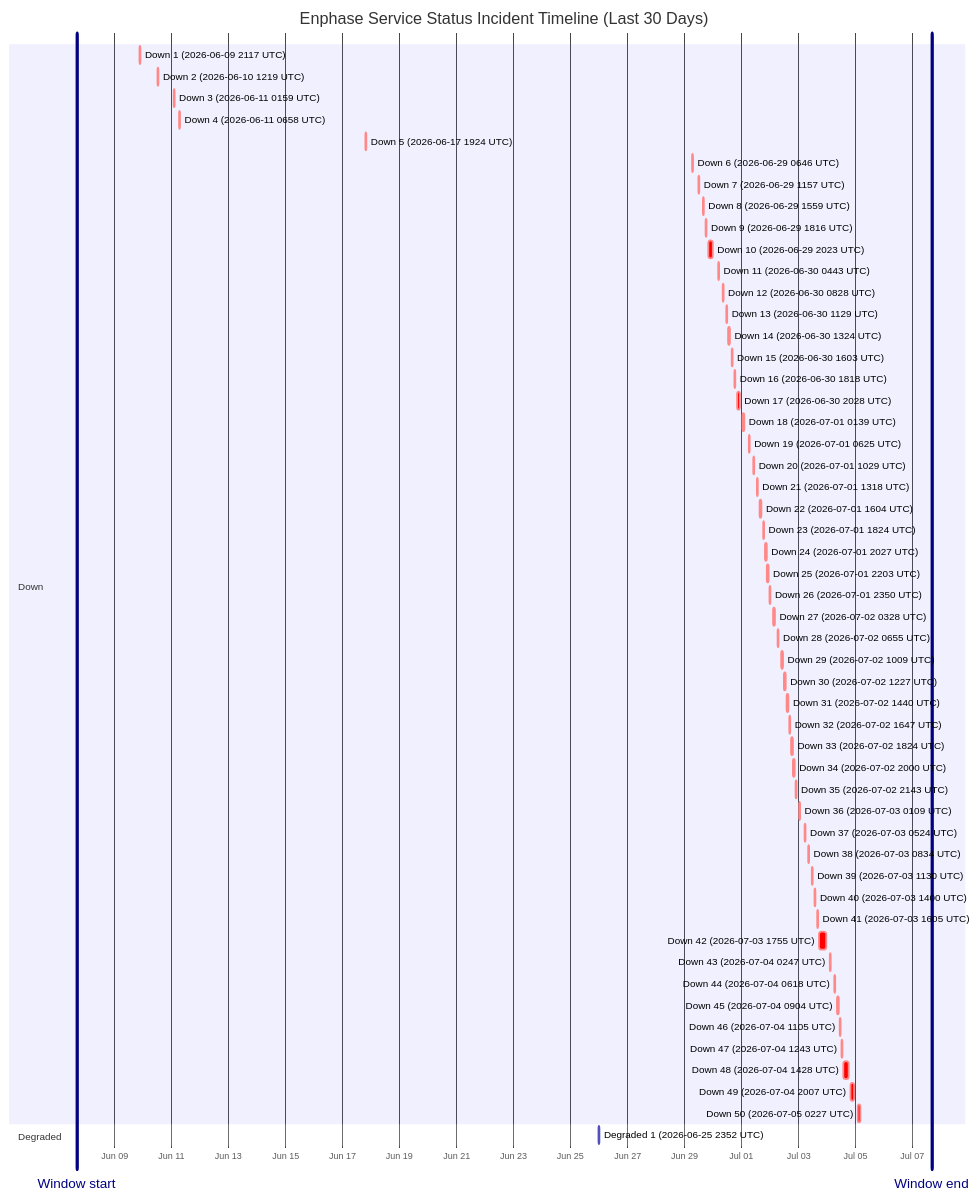
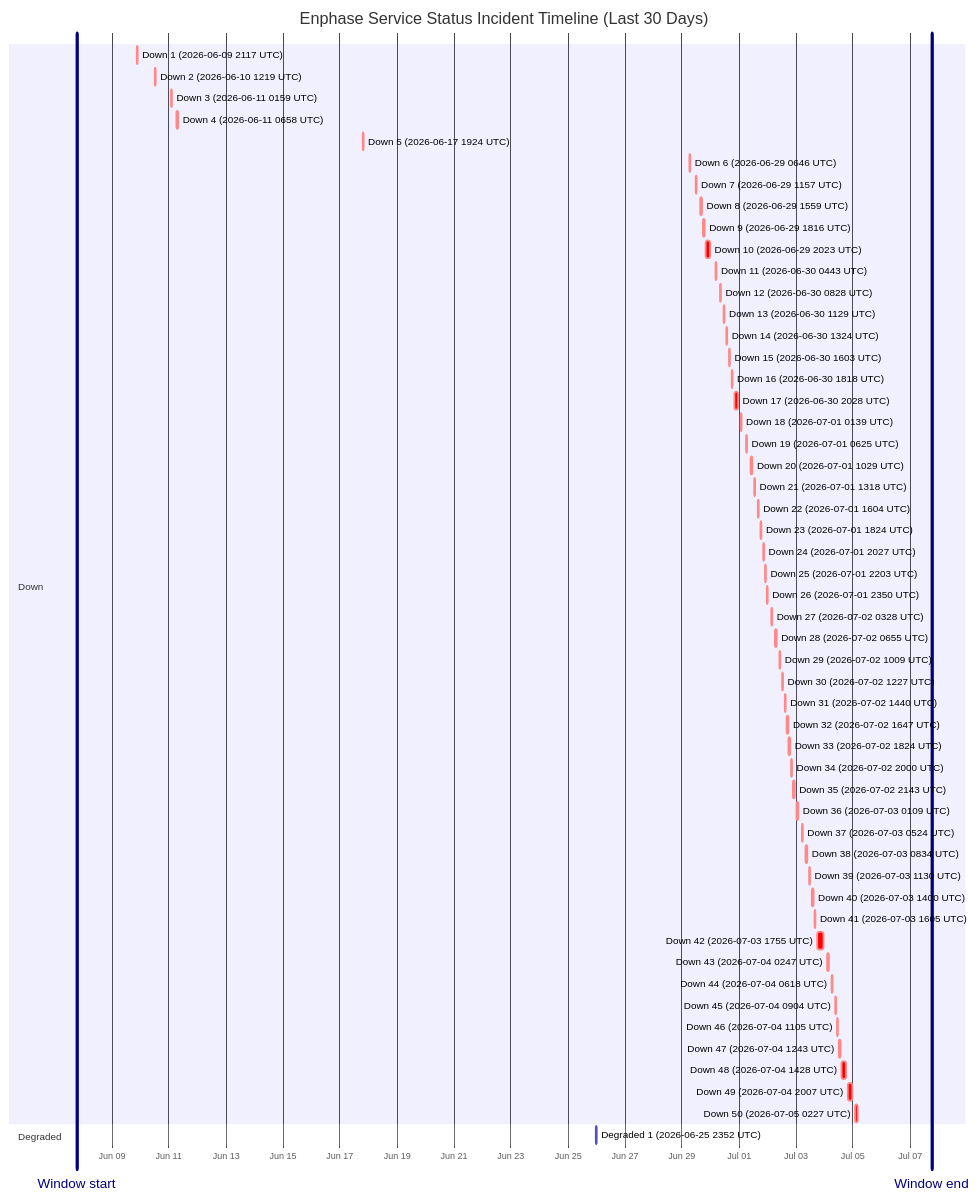
Before and after one commit to barneyonline/ha-enphase-energy: the diagram in wiki/Service-Status-History.md, drawn with Mermaid. The commit also changed other lines of this file and 3 other files, not shown here.

````diff
--- a/wiki/Service-Status-History.md
+++ b/wiki/Service-Status-History.md
@@ -14,61 +14,61 @@
 ```mermaid
 gantt
     title Enphase Service Status Incident Timeline (Last 30 Days)
     dateFormat  YYYY-MM-DDTHH:mm:ss
     axisFormat  %b %d
-    Window start :vert, window-start, 2026-06-07T16:29:14, 0ms
-    Window end :vert, window-end, 2026-07-07T16:29:14, 0ms
+    Window start :vert, window-start, 2026-06-07T18:32:04, 0ms
+    Window end :vert, window-end, 2026-07-07T18:32:04, 0ms
     section Down
     Down 1 (2026-06-09 2117 UTC) :crit, down-1, 2026-06-09T21:17:17, 60m
     Down 2 (2026-06-10 1219 UTC) :crit, down-2, 2026-06-10T12:19:21, 60m
     Down 3 (2026-06-11 0159 UTC) :crit, down-3, 2026-06-11T01:59:36, 60m
     Down 4 (2026-06-11 0658 UTC) :crit, down-4, 2026-06-11T06:58:45, 60m
     Down 5 (2026-06-17 1924 UTC) :crit, down-5, 2026-06-17T19:24:51, 60m
     Down 6 (2026-06-29 0646 UTC) :crit, down-6, 2026-06-29T06:46:18, 60m
     Down 7 (2026-06-29 1157 UTC) :crit, down-7, 2026-06-29T11:57:36, 60m
     Down 8 (2026-06-29 1559 UTC) :crit, down-8, 2026-06-29T15:59:02, 60m
     Down 9 (2026-06-29 1816 UTC) :crit, down-9, 2026-06-29T18:16:38, 60m
     Down 10 (2026-06-29 2023 UTC) :crit, down-10, 2026-06-29T20:23:16, 220m
     Down 11 (2026-06-30 0443 UTC) :crit, down-11, 2026-06-30T04:43:54, 60m
     Down 12 (2026-06-30 0828 UTC) :crit, down-12, 2026-06-30T08:28:43, 60m
     Down 13 (2026-06-30 1129 UTC) :crit, down-13, 2026-06-30T11:29:15, 60m
     Down 14 (2026-06-30 1324 UTC) :crit, down-14, 2026-06-30T13:24:25, 60m
     Down 15 (2026-06-30 1603 UTC) :crit, down-15, 2026-06-30T16:03:26, 60m
     Down 16 (2026-06-30 1818 UTC) :crit, down-16, 2026-06-30T18:18:39, 60m
     Down 17 (2026-06-30 2028 UTC) :crit, down-17, 2026-06-30T20:28:54, 171m
     Down 18 (2026-07-01 0139 UTC) :crit, down-18, 2026-07-01T01:39:18, 60m
     Down 19 (2026-07-01 0625 UTC) :crit, down-19, 2026-07-01T06:25:35, 60m
     Down 20 (2026-07-01 1029 UTC) :crit, down-20, 2026-07-01T10:29:24, 60m
     Down 21 (2026-07-01 1318 UTC) :crit, down-21, 2026-07-01T13:18:31, 60m
     Down 22 (2026-07-01 1604 UTC) :crit, down-22, 2026-07-01T16:04:29, 60m
     Down 23 (2026-07-01 1824 UTC) :crit, down-23, 2026-07-01T18:24:21, 60m
     Down 24 (2026-07-01 2027 UTC) :crit, down-24, 2026-07-01T20:27:17, 60m
     Down 25 (2026-07-01 2203 UTC) :crit, down-25, 2026-07-01T22:03:46, 60m
     Down 26 (2026-07-01 2350 UTC) :crit, down-26, 2026-07-01T23:50:52, 60m
     Down 27 (2026-07-02 0328 UTC) :crit, down-27, 2026-07-02T03:28:33, 60m
     Down 28 (2026-07-02 0655 UTC) :crit, down-28, 2026-07-02T06:55:07, 60m
     Down 29 (2026-07-02 1009 UTC) :crit, down-29, 2026-07-02T10:09:15, 60m
     Down 30 (2026-07-02 1227 UTC) :crit, down-30, 2026-07-02T12:27:49, 60m
     Down 31 (2026-07-02 1440 UTC) :crit, down-31, 2026-07-02T14:40:53, 60m
     Down 32 (2026-07-02 1647 UTC) :crit, down-32, 2026-07-02T16:47:47, 60m
     Down 33 (2026-07-02 1824 UTC) :crit, down-33, 2026-07-02T18:24:26, 60m
     Down 34 (2026-07-02 2000 UTC) :crit, down-34, 2026-07-02T20:00:57, 60m
     Down 35 (2026-07-02 2143 UTC) :crit, down-35, 2026-07-02T21:43:52, 80m
     Down 36 (2026-07-03 0109 UTC) :crit, down-36, 2026-07-03T01:09:19, 60m
     Down 37 (2026-07-03 0524 UTC) :crit, down-37, 2026-07-03T05:24:23, 60m
     Down 38 (2026-07-03 0834 UTC) :crit, down-38, 2026-07-03T08:34:05, 60m
     Down 39 (2026-07-03 1130 UTC) :crit, down-39, 2026-07-03T11:30:41, 60m
     Down 40 (2026-07-03 1400 UTC) :crit, down-40, 2026-07-03T14:00:48, 60m
     Down 41 (2026-07-03 1605 UTC) :crit, down-41, 2026-07-03T16:05:49, 60m
     Down 42 (2026-07-03 1755 UTC) :crit, down-42, 2026-07-03T17:55:54, 338m
     Down 43 (2026-07-04 0247 UTC) :crit, down-43, 2026-07-04T02:47:22, 60m
     Down 44 (2026-07-04 0618 UTC) :crit, down-44, 2026-07-04T06:18:09, 60m
     Down 45 (2026-07-04 0904 UTC) :crit, down-45, 2026-07-04T09:04:41, 60m
     Down 46 (2026-07-04 1105 UTC) :crit, down-46, 2026-07-04T11:05:21, 60m
     Down 47 (2026-07-04 1243 UTC) :crit, down-47, 2026-07-04T12:43:25, 60m
     Down 48 (2026-07-04 1428 UTC) :crit, down-48, 2026-07-04T14:28:07, 243m
     Down 49 (2026-07-04 2007 UTC) :crit, down-49, 2026-07-04T20:07:50, 206m
     Down 50 (2026-07-05 0227 UTC) :crit, down-50, 2026-07-05T02:27:32, 109m
     section Degraded
     Degraded 1 (2026-06-25 2352 UTC) :active, degraded-1, 2026-06-25T23:52:01, 60m
 ```
````
